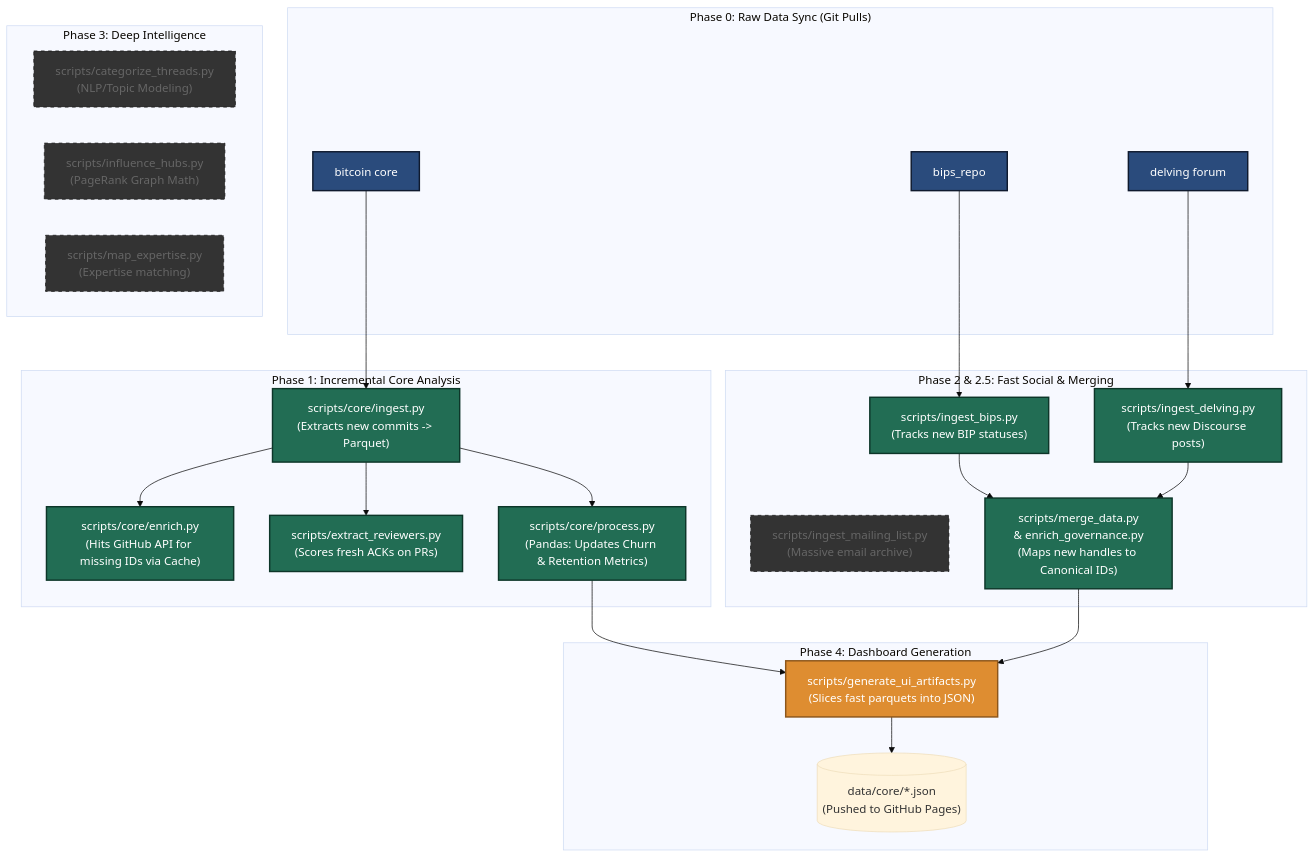
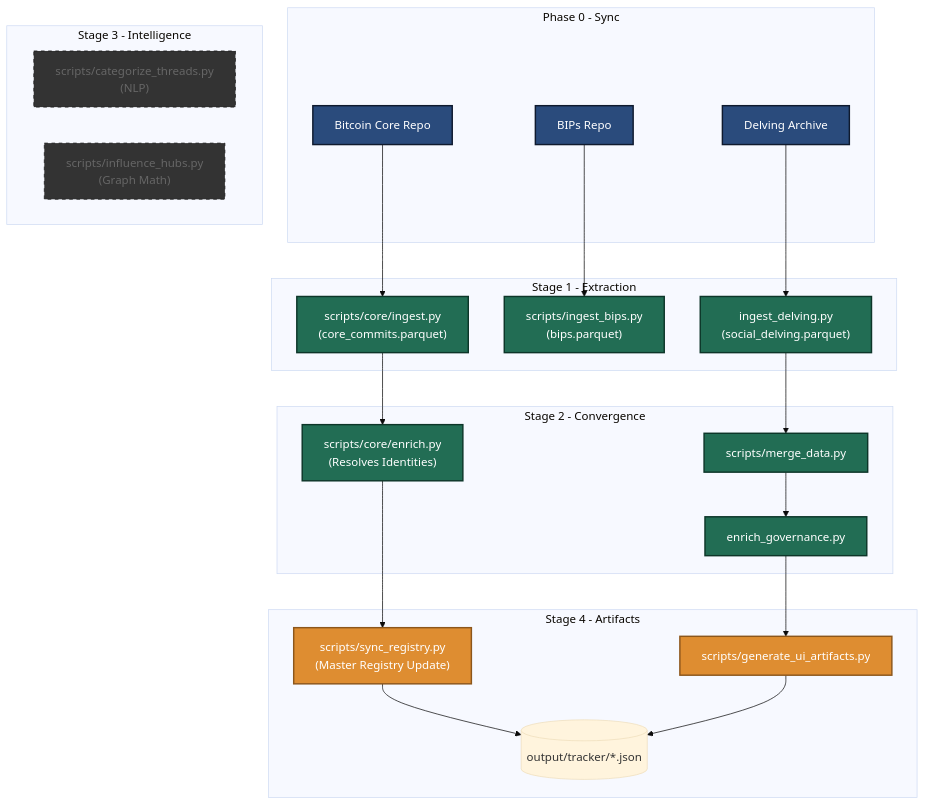
Before and after one commit to sorukumar/orange-dev-data: the first of 2 diagrams in docs/ORCHESTRATION_FLOW.md, drawn with Mermaid (base theme). The commit also changed other lines of this file and 157 other files, not shown here.

Commit message:
Refactor: Implement Tiered Data Architecture and Numbered Script Chain

````diff
--- a/docs/ORCHESTRATION_FLOW.md
+++ b/docs/ORCHESTRATION_FLOW.md
@@ -8,48 +10,42 @@
 ```mermaid
 graph TD
     classDef sync fill:#2A4B7C,stroke:#0f1a2e,stroke-width:2px,color:#fff
     classDef fast fill:#226D54,stroke:#0d3629,stroke-width:2px,color:#fff
     classDef output fill:#DE8D31,stroke:#8c561b,stroke-width:2px,color:#fff
     classDef disabled fill:#333333,stroke:#111,stroke-width:1px,color:#666,stroke-dasharray: 5 5
 
     %% PHASE 0
-    subgraph Phase0 ["Phase 0: Raw Data Sync (Git Pulls)"]
-        repo_btc[bitcoin core]:::sync
-        repo_bips[bips_repo]:::sync
-        repo_delving[delving forum]:::sync
+    subgraph Phase0 [Phase 0 - Sync]
+        repo_btc[Bitcoin Core Repo]:::sync
+        repo_bips[BIPs Repo]:::sync
+        repo_delving[Delving Archive]:::sync
     end
 
-    %% PHASE 1
-    subgraph Phase1 ["Phase 1: Incremental Core Analysis"]
-        repo_btc --> ingest_core["scripts/core/ingest.py\n(Extracts new commits -> Parquet)"]:::fast
-        ingest_core --> enrich["scripts/core/enrich.py\n(Hits GitHub API for missing IDs via Cache)"]:::fast
-        ingest_core --> extract_rev["scripts/extract_reviewers.py\n(Scores fresh ACKs on PRs)"]:::fast
-        ingest_core --> process_core["scripts/core/process.py\n(Pandas: Updates Churn & Retention Metrics)"]:::fast
+    %% STAGE 1
+    subgraph Stage1 [Stage 1 - Extraction]
+        repo_btc --> ingest_core["scripts/core/ingest.py\n(core_commits.parquet)"]:::fast
+        repo_bips --> ingest_bips["scripts/ingest_bips.py\n(bips.parquet)"]:::fast
+        repo_delving --> ingest_delv["ingest_delving.py\n(social_delving.parquet)"]:::fast
     end
 
-    %% PHASE 2 
-    subgraph Phase2 ["Phase 2 & 2.5: Fast Social & Merging"]
-        repo_bips --> ingest_bips["scripts/ingest_bips.py\n(Tracks new BIP statuses)"]:::fast
-        repo_delving --> ingest_delving["scripts/ingest_delving.py\n(Tracks new Discourse posts)"]:::fast
-        
-        mailing_list["scripts/ingest_mailing_list.py\n(Massive email archive)"]:::disabled
-
-        ingest_bips --> unify["scripts/merge_data.py\n& enrich_governance.py\n(Maps new handles to Canonical IDs)"]:::fast
-        ingest_delving --> unify
+    %% STAGE 2
+    subgraph Stage2 [Stage 2 - Convergence]
+        ingest_core --> enrich_core["scripts/core/enrich.py\n(Resolves Identities)"]:::fast
+        ingest_delv --> merge["scripts/merge_data.py"]:::fast
+        merge --> enrich_gov["enrich_governance.py"]:::fast
     end
 
-    %% PHASE 3
-    subgraph Phase3 ["Phase 3: Deep Intelligence"]
-        nlp["scripts/categorize_threads.py\n(NLP/Topic Modeling)"]:::disabled
-        pagerank["scripts/influence_hubs.py\n(PageRank Graph Math)"]:::disabled
-        expertise["scripts/map_expertise.py\n(Expertise matching)"]:::disabled
+    %% STAGE 3
+    subgraph Stage3 [Stage 3 - Intelligence]
+        nlp["scripts/categorize_threads.py\n(NLP)"]:::disabled
+        pagerank["scripts/influence_hubs.py\n(Graph Math)"]:::disabled
     end
 
-    %% PHASE 4
-    subgraph Phase4 ["Phase 4: Dashboard Generation"]
-        process_core --> gen_ui["scripts/generate_ui_artifacts.py\n(Slices fast parquets into JSON)"]:::output
-        unify --> gen_ui
-        
-        gen_ui --> static_json[("data/core/*.json\n(Pushed to GitHub Pages)")]
+    %% STAGE 4
+    subgraph Stage4 [Stage 4 - Artifacts]
+        enrich_core --> sync["scripts/sync_registry.py\n(Master Registry Update)"]:::output
+        enrich_gov --> gen_ui["scripts/generate_ui_artifacts.py"]:::output
+        sync --> output[("output/tracker/*.json")]
+        gen_ui --> output
     end
 ```
````
